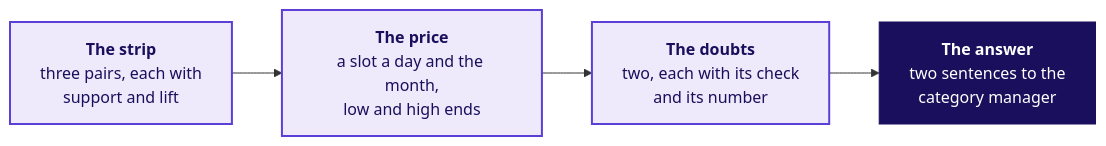
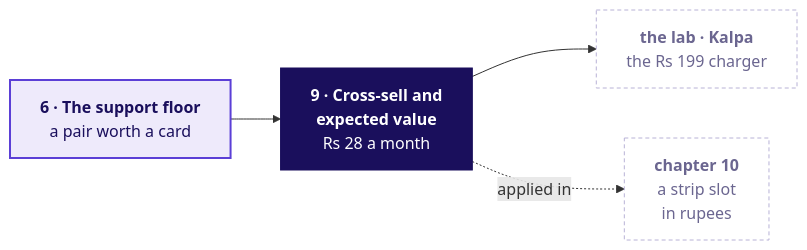
Before and after one commit to fde-academy-lab/c2-content-factory: the first of 2 diagrams in content/W04/D3/slides/C2_W04_D03_half2_STUDENT.md, drawn with Mermaid. The commit also changed other lines of this file and 8 other files, not shown here.

First line of the commit message:
W04 D3: half two opens on chapter 9, cross-sell and expected value on the kirana's month, before chapter 10 ranks and prices the strip; toy facts keep their new chapter numbers; a loss prints as -Rs

````diff
--- a/content/W04/D3/slides/C2_W04_D03_half2_STUDENT.md
+++ b/content/W04/D3/slides/C2_W04_D03_half2_STUDENT.md
@@ -45,10 +129,12 @@
 ```mermaid
 flowchart LR
-    A["<b>The strip</b><br/>three pairs, each with<br/>support and lift"] --> B["<b>The price</b><br/>a slot a day and the month,<br/>low and high ends"]
-    B --> C["<b>The doubts</b><br/>two, each with its check<br/>and its number"]
-    C --> D["<b>The answer</b><br/>two sentences to the<br/>category manager"]
+    P["<b>6 · The support floor</b><br/>a pair worth a card"] --> N["<b>9 · Cross-sell and<br/>expected value</b><br/>Rs 28 a month"]
+    N --> X["<b>the lab · Kalpa</b><br/>the Rs 199 charger"]
+    N -.->|applied in| C["<b>chapter 10</b><br/>a strip slot<br/>in rupees"]
+    classDef lit fill:#1A0F5C,stroke:#1A0F5C,color:#FFFFFF
     classDef known fill:#EEEAFB,stroke:#5B3FD6,color:#1A0F5C,stroke-width:2px
-    classDef lit fill:#1A0F5C,stroke:#1A0F5C,color:#FFFFFF
-    class A,B,C known
-    class D lit
+    classDef unknown fill:#FFFFFF,stroke:#B8B2D6,color:#6B6690,stroke-dasharray:4 3
+    class P known
+    class N lit
+    class X,C unknown
 ```
````
